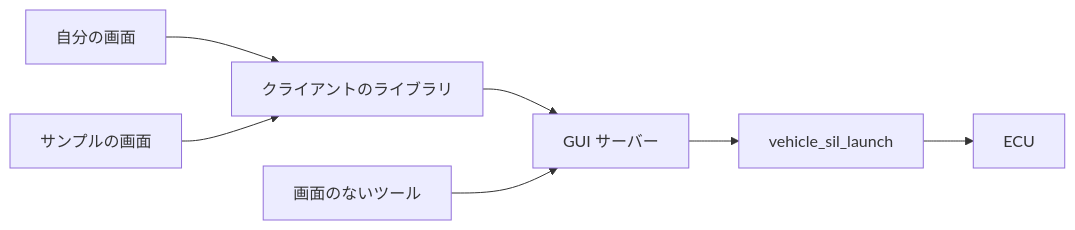
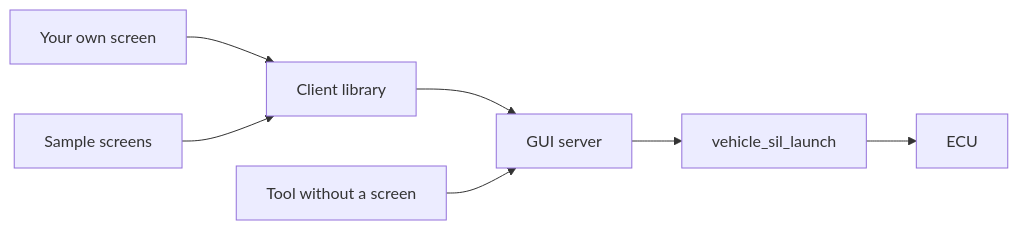
One commit to rahanahu/vehicle-sil changed the diagram in docs/gui.md. Above: the diagram before and after it, drawn with Mermaid. The commit also changed other lines of this file and 163 other files, not shown here.

````diff
--- a/docs/gui.md
+++ b/docs/gui.md
@@ -19,9 +21,9 @@
 ```mermaid
 flowchart LR
-  yours["自分の画面"] --> lib["クライアントのライブラリ"]
-  sample["サンプルの画面"] --> lib
-  lib --> server["GUI サーバー"]
-  tool["画面のないツール"] --> server
+  yours["Your own screen"] --> lib["Client library"]
+  sample["Sample screens"] --> lib
+  lib --> server["GUI server"]
+  tool["Tool without a screen"] --> server
   server --> launcher["vehicle_sil_launch"]
   launcher --> ecu["ECU"]
 ```
````
